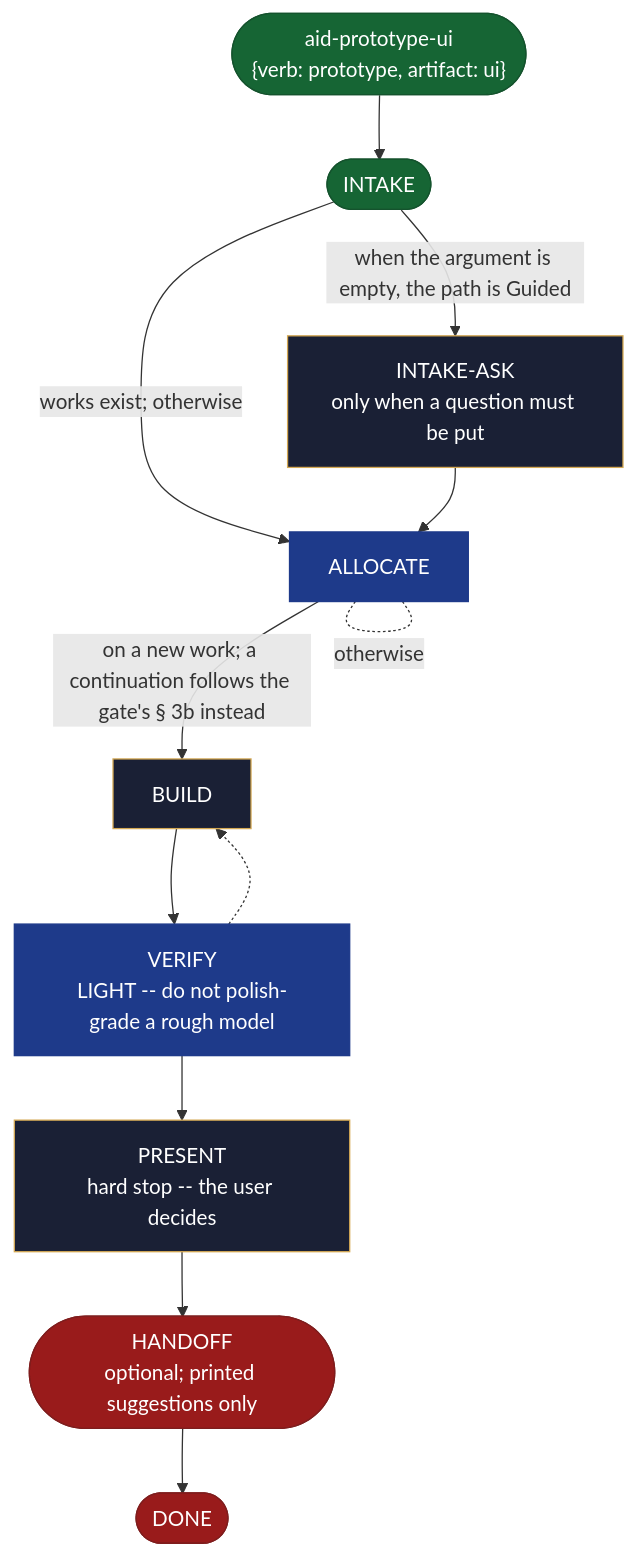
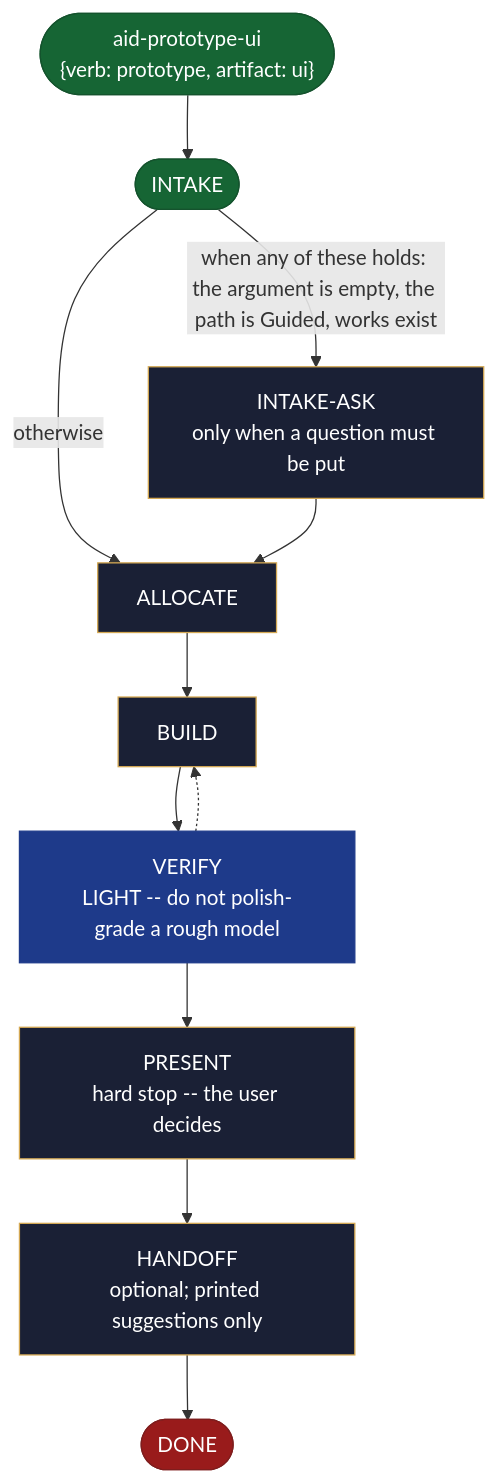
The diagram in site/src/content/docs/skills/aid-prototype-ui.md (AndreVianna/aid-methodology), drawn with Mermaid before and after one commit. The commit also changed other lines of this file and 195 other files, not shown here.

First line of the commit message:
delivery-002 review fix (cycle 1): sub-step pointers are notes, not advance lines; orchestrate under its line cap, question rule cited not restated; residual flow rungs read advance words; site regenerated; ledger rows marked Fixed (D3-11 left open)

````diff
--- a/site/src/content/docs/skills/aid-prototype-ui.md
+++ b/site/src/content/docs/skills/aid-prototype-ui.md
@@ -20,47 +20,46 @@
 ```mermaid
 flowchart TB
   classDef aidNode color:#fff
   classDef aidEntry fill:#166534,stroke:#14532d,color:#fff
   classDef aidExit fill:#991b1b,stroke:#7f1d1d,color:#fff
   classDef aidDecision fill:#92400e,stroke:#78350f,color:#fff
   classDef aidLoopBack fill:#1e3a8a,stroke:#1e3a8a,color:#fff
   classDef aidStep fill:#1a2035,stroke:#d4a853,color:#f1f5f9
   n1(["aid-prototype-ui<br/>{verb: prototype, artifact: ui}"])
   n2(["INTAKE"])
   n3["INTAKE-ASK<br/>only when a question must be put"]
   n4["ALLOCATE"]
   n5["BUILD"]
   n6["VERIFY<br/>LIGHT -- do not polish-grade a rough model"]
   n7["PRESENT<br/>hard stop -- the user decides"]
-  n8(["HANDOFF<br/>optional; printed suggestions only"])
+  n8["HANDOFF<br/>optional; printed suggestions only"]
   n9(["DONE"])
   n1 --> n2
-  n2 -->|"when the argument is empty, the path is Guided"| n3
-  n2 -->|"works exist; otherwise"| n4
+  n2 -->|"when any of these holds: the argument is empty, the path is Guided, works exist"| n3
+  n2 -->|"otherwise"| n4
   n3 --> n4
-  n4 -. "otherwise" .- n4
-  n4 -->|"on a new work; a continuation follows the gate's § 3b instead"| n5
+  n4 --> n5
   n5 --> n6
   n6 -.-> n5
   n6 --> n7
   n7 --> n8
   n8 --> n9
   class n1 aidEntry
   class n2 aidEntry
   class n3 aidStep
-  class n4 aidLoopBack
+  class n4 aidStep
   class n5 aidStep
   class n6 aidLoopBack
   class n7 aidStep
-  class n8 aidExit
+  class n8 aidStep
   class n9 aidExit
   class n1 aidNode
   class n2 aidNode
   class n3 aidNode
   class n4 aidNode
   class n5 aidNode
   class n6 aidNode
   class n7 aidNode
   class n8 aidNode
   class n9 aidNode
 ```
````
